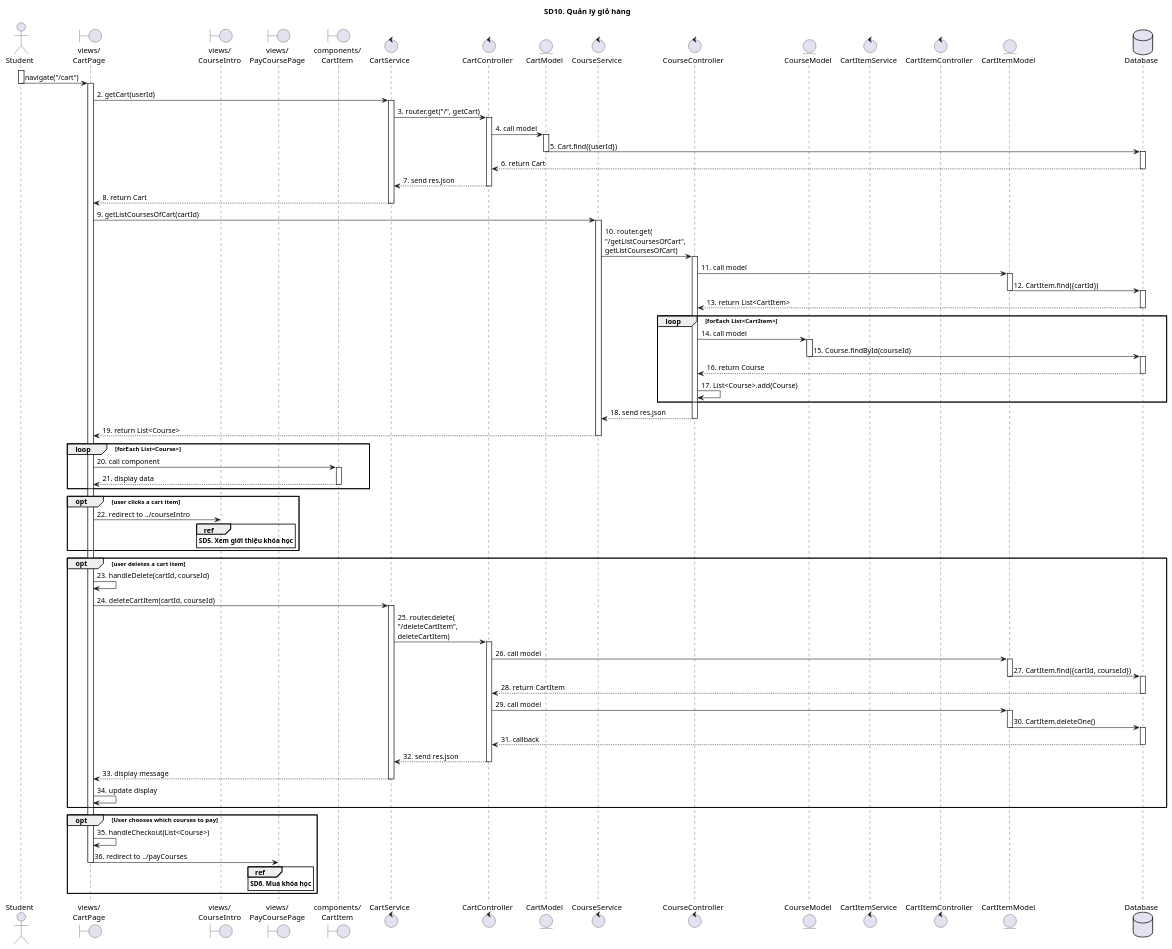
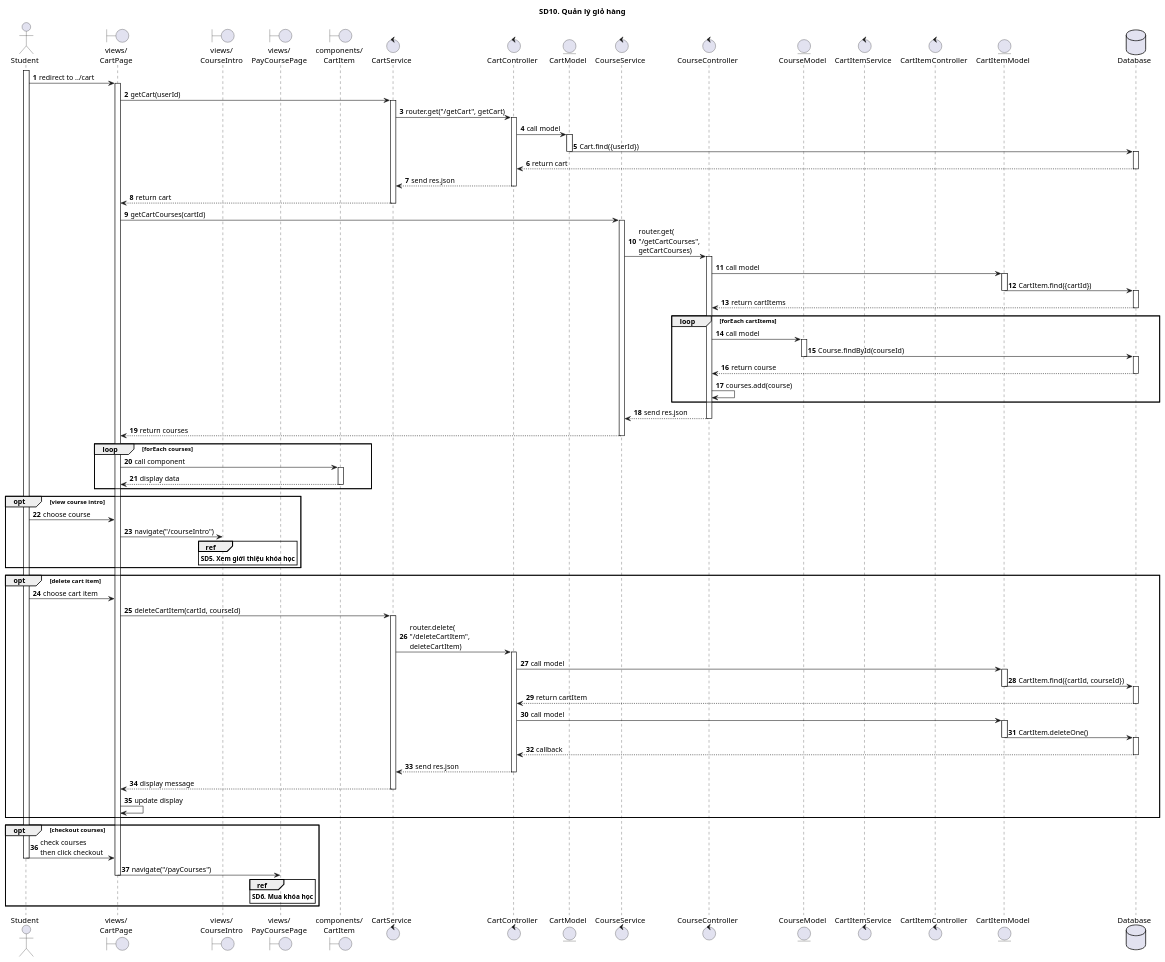
The diagram in SequenceDiagrams/CNPMHDT/sd10.puml (The-Cookies-Team/UML-Diagrams), drawn with PlantUML before and after one commit. The commit also changed 5 other files, not shown here.

```diff
--- a/SequenceDiagrams/CNPMHDT/sd10.puml
+++ b/SequenceDiagrams/CNPMHDT/sd10.puml
@@ -1,122 +1,124 @@
-@startuml
+@startuml SQ
+
+autonumber
 
 title SD10. Quản lý giỏ hàng
 
 actor "Student" as Actor
 boundary "views/\nCartPage" as CartPage
 boundary "views/\nCourseIntro" as CourseIntro
 boundary "views/\nPayCoursePage" as PayCourse
 boundary "components/\nCartItem" as CartItem
 control "CartService"
 control "CartController"
 entity "CartModel"
 control "CourseService"
 control "CourseController"
 entity "CourseModel"
 control "CartItemService"
 control "CartItemController"
 entity "CartItemModel"
 database "Database" as Database
 
 activate Actor
-Actor -> CartPage: navigate("/cart")
-deactivate Actor
-
+Actor -> CartPage: redirect to ../cart
 activate CartPage
-CartPage -> CartService: 2. getCart(userId)
+CartPage -> CartService: getCart(userId)
 activate CartService
-CartService -> CartController: 3. router.get("/", getCart)
+CartService -> CartController: router.get("/getCart", getCart)
 activate CartController
-CartController -> CartModel: 4. call model
+CartController -> CartModel: call model
 activate CartModel
-CartModel -> Database: 5. Cart.find({userId})
+CartModel -> Database: Cart.find({userId})
 deactivate CartModel
 activate Database
-Database --> CartController: 6. return Cart
+Database --> CartController: return cart
 deactivate Database
-CartController --> CartService: 7. send res.json
+CartController --> CartService: send res.json
 deactivate CartController
-CartService --> CartPage: 8. return Cart
+CartService --> CartPage: return cart
 deactivate CartService
-CartPage -> CourseService: 9. getListCoursesOfCart(cartId)
+CartPage -> CourseService: getCartCourses(cartId)
 activate CourseService
-CourseService -> CourseController: 10. router.get(\n"/getListCoursesOfCart",\ngetListCoursesOfCart)
+CourseService -> CourseController: router.get(\n"/getCartCourses",\ngetCartCourses)
 activate CourseController
-CourseController -> CartItemModel: 11. call model
+CourseController -> CartItemModel: call model
 activate CartItemModel
-CartItemModel -> Database: 12. CartItem.find({cartId})
+CartItemModel -> Database: CartItem.find({cartId})
 deactivate CartItemModel
 activate Database
-Database --> CourseController: 13. return List<CartItem>
+Database --> CourseController: return cartItems
 deactivate Database
-loop forEach List<CartItem>
-CourseController -> CourseModel: 14. call model
+loop forEach cartItems
+CourseController -> CourseModel: call model
 activate CourseModel
-CourseModel -> Database: 15. Course.findById(courseId)
+CourseModel -> Database: Course.findById(courseId)
 deactivate CourseModel
 activate Database
 deactivate CourseModel
-Database --> CourseController: 16. return Course
+Database --> CourseController: return course
 deactivate Database
-CourseController -> CourseController: 17. List<Course>.add(Course)
+CourseController -> CourseController: courses.add(course)
 end
-CourseController --> CourseService: 18. send res.json
+CourseController --> CourseService: send res.json
 deactivate CourseController
-CourseService --> CartPage: 19. return List<Course>
+CourseService --> CartPage: return courses
 deactivate CourseService
 
-loop forEach List<Course>
+loop forEach courses
 
-CartPage -> CartItem: 20. call component
+CartPage -> CartItem: call component
 
 activate CartItem
-CartItem --> CartPage: 21. display data
+CartItem --> CartPage: display data
 deactivate CartItem
 
 end
 
-opt user clicks a cart item
-CartPage -> CourseIntro: 22. redirect to ../courseIntro
+opt view course intro
+Actor -> CartPage: choose course
+CartPage -> CourseIntro: navigate("/courseIntro")
 ref over CourseIntro
 **SD5. Xem giới thiệu khóa học**
 end ref
 end group
 
-opt user deletes a cart item
-CartPage -> CartPage: 23. handleDelete(cartId, courseId)
-CartPage -> CartService: 24. deleteCartItem(cartId, courseId)
+opt delete cart item
+Actor -> CartPage: choose cart item
+CartPage -> CartService: deleteCartItem(cartId, courseId)
 activate CartService
-CartService -> CartController: 25. router.delete(\n"/deleteCartItem",\ndeleteCartItem)
+CartService -> CartController: router.delete(\n"/deleteCartItem",\ndeleteCartItem)
 activate CartController
-CartController -> CartItemModel: 26. call model
+CartController -> CartItemModel: call model
 activate CartItemModel
-CartItemModel -> Database: 27. CartItem.find({cartId, courseId})
+CartItemModel -> Database: CartItem.find({cartId, courseId})
 deactivate CartItemModel
 activate Database
-Database --> CartController: 28. return CartItem
+Database --> CartController: return cartItem
 deactivate Database
-CartController -> CartItemModel: 29. call model
+CartController -> CartItemModel: call model
 activate CartItemModel
-CartItemModel -> Database: 30. CartItem.deleteOne()
+CartItemModel -> Database: CartItem.deleteOne()
 deactivate CartItemModel
 activate Database
-Database --> CartController: 31. callback
+Database --> CartController: callback
 deactivate Database
-CartController --> CartService: 32. send res.json
+CartController --> CartService: send res.json
 deactivate CartController
-CartService --> CartPage: 33. display message
+CartService --> CartPage: display message
 deactivate CartService
-CartPage -> CartPage: 34. update display
+CartPage -> CartPage: update display
 end
 
-opt User chooses which courses to pay
-CartPage -> CartPage: 35. handleCheckout(List<Course>)
-CartPage -> PayCourse: 36. redirect to ../payCourses
+opt checkout courses
+Actor -> CartPage: check courses\nthen click checkout
+deactivate Actor
+CartPage -> PayCourse: navigate("/payCourses")
 deactivate CartPage
 
 ref over PayCourse
 **SD6. Mua khóa học**
 end ref
 end
 
 @enduml
```
